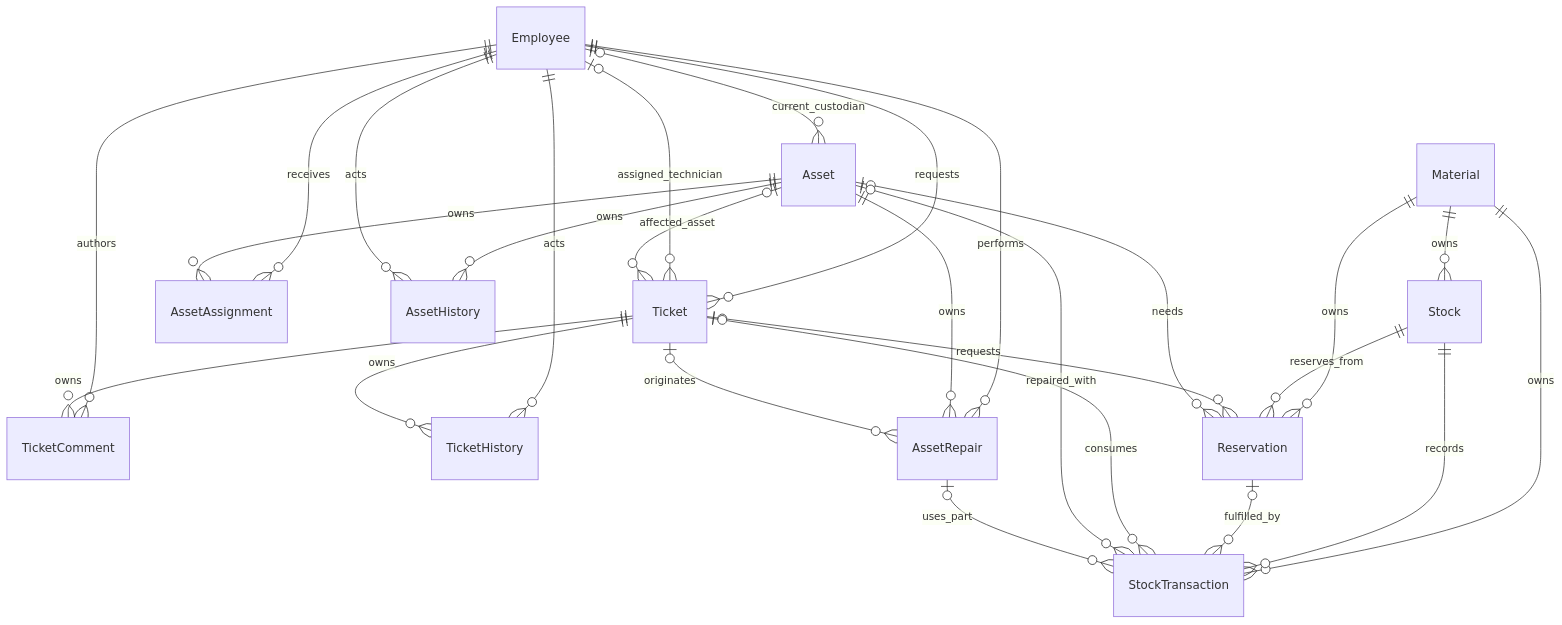
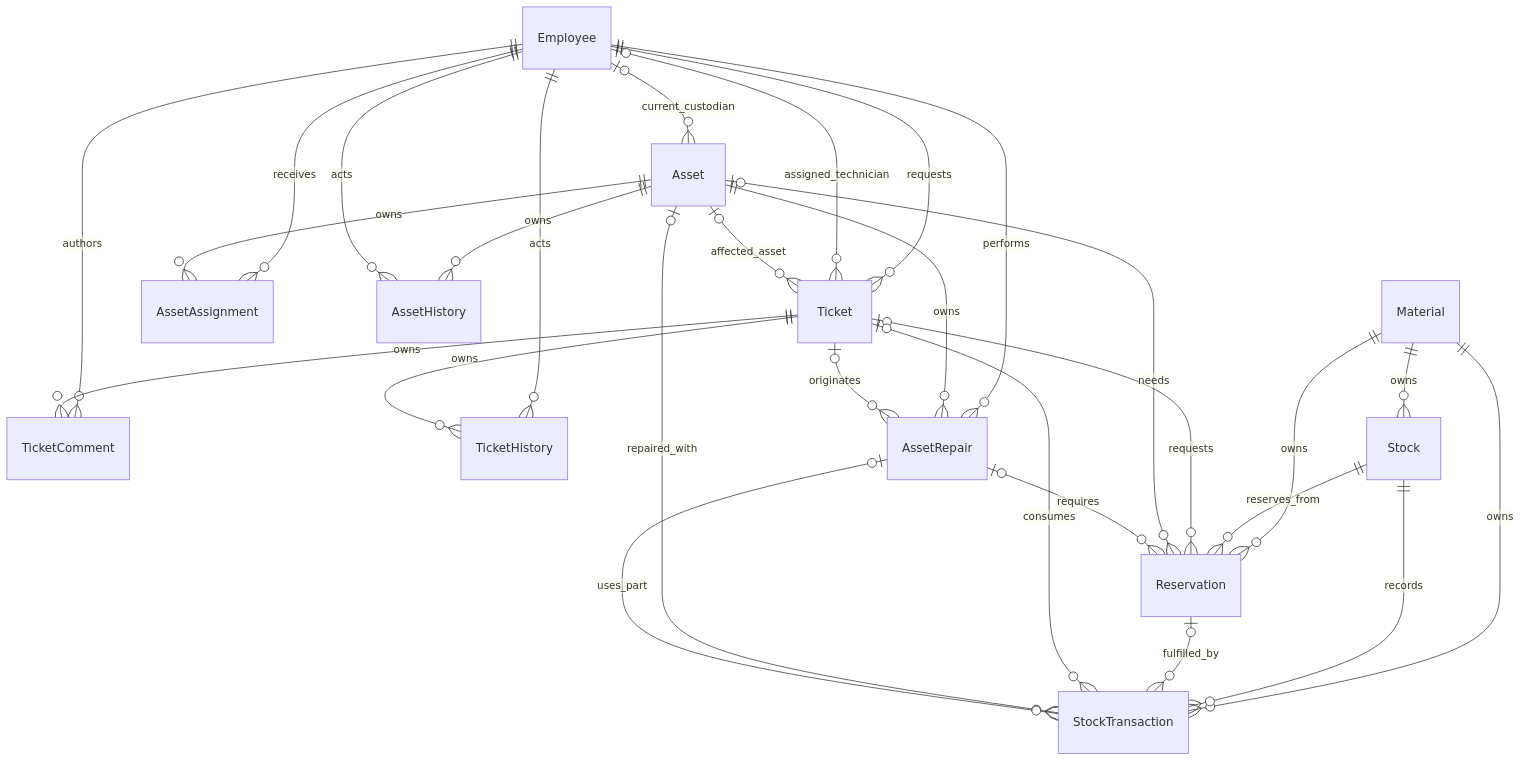
Before and after one commit to MMuneeb17/SAP-IT-OPERATIONS: the diagram in sap-design/data-model/entities.md, drawn with Mermaid. The commit also changed other lines of this file and 50 other files, not shown here.

````diff
--- a/sap-design/data-model/entities.md
+++ b/sap-design/data-model/entities.md
@@ -24,29 +25,30 @@
 ```mermaid
 erDiagram
   Employee ||--o{ Ticket : requests
   Employee o|--o{ Ticket : assigned_technician
   Employee o|--o{ Asset : current_custodian
   Employee ||--o{ AssetAssignment : receives
   Employee ||--o{ TicketComment : authors
   Employee ||--o{ TicketHistory : acts
   Employee ||--o{ AssetRepair : performs
   Asset o|--o{ Ticket : affected_asset
   Ticket ||--o{ TicketComment : owns
   Ticket ||--o{ TicketHistory : owns
   Asset ||--o{ AssetAssignment : owns
   Asset ||--o{ AssetRepair : owns
   Asset ||--o{ AssetHistory : owns
   Employee ||--o{ AssetHistory : acts
   Ticket o|--o{ AssetRepair : originates
   Material ||--o{ Stock : owns
   Material ||--o{ Reservation : owns
   Material ||--o{ StockTransaction : owns
   Stock ||--o{ Reservation : reserves_from
   Stock ||--o{ StockTransaction : records
   Ticket o|--o{ Reservation : requests
   Asset o|--o{ Reservation : needs
+  AssetRepair o|--o{ Reservation : requires
   Reservation o|--o{ StockTransaction : fulfilled_by
   Ticket o|--o{ StockTransaction : consumes
   Asset o|--o{ StockTransaction : repaired_with
   AssetRepair o|--o{ StockTransaction : uses_part
 ```
````
